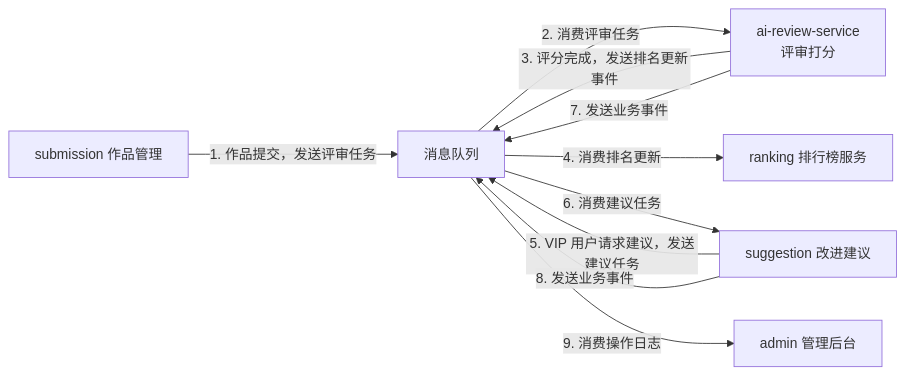
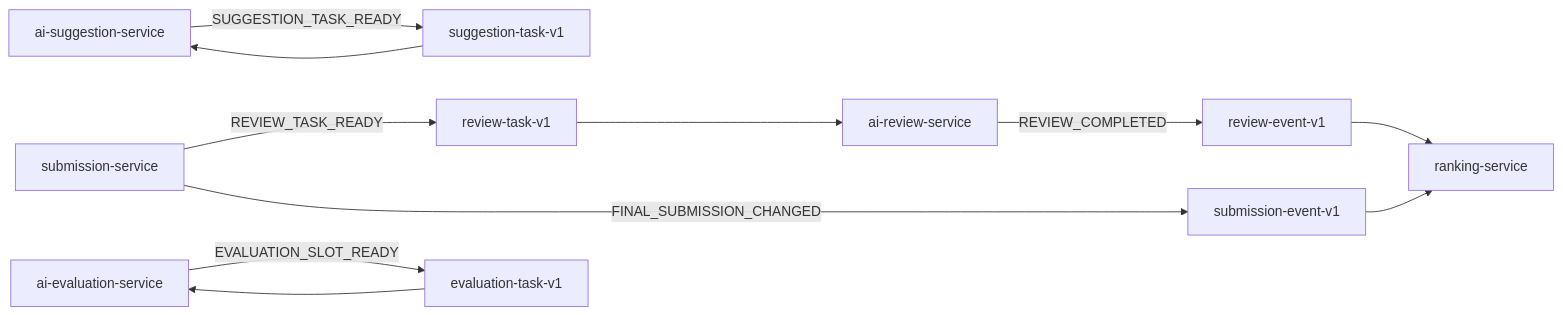
The second of 4 diagrams in docs/project/02-架构设计/微服务架构.md (Dorian7Alden/LeetModel), drawn with Mermaid before and after one commit. The commit also changed other lines of this file and 11 other files, not shown here.

````diff
--- a/docs/project/02-架构设计/微服务架构.md
+++ b/docs/project/02-架构设计/微服务架构.md
@@ -127,19 +127,19 @@
 ```mermaid
-graph LR
-    SUBMISSION[submission 作品管理]
-    MQ[消息队列]
-    REVIEW[ai-review-service<br/>评审打分]
-    SUGGESTION[suggestion 改进建议]
-    RANKING[ranking 排行榜服务]
-    ADMIN[admin 管理后台]
+flowchart LR
+    SUBMISSION[submission-service]
+    REVIEW_TOPIC[review-task-v1]
+    SUBMISSION_EVENT[submission-event-v1]
+    REVIEW[ai-review-service]
+    REVIEW_EVENT[review-event-v1]
+    SUGGESTION[ai-suggestion-service]
+    SUGGESTION_TOPIC[suggestion-task-v1]
+    EVALUATION[ai-evaluation-service]
+    EVALUATION_TOPIC[evaluation-task-v1]
+    RANKING[ranking-service]
 
-    SUBMISSION -->|1. 作品提交，发送评审任务| MQ
-    MQ -->|2. 消费评审任务| REVIEW
-    REVIEW -->|3. 评分完成，发送排名更新事件| MQ
-    MQ -->|4. 消费排名更新| RANKING
-    SUGGESTION -->|5. VIP 用户请求建议，发送建议任务| MQ
-    MQ -->|6. 消费建议任务| SUGGESTION
-    REVIEW -->|7. 发送业务事件| MQ
-    SUGGESTION -->|8. 发送业务事件| MQ
-    MQ -->|9. 消费操作日志| ADMIN
+    SUBMISSION -->|REVIEW_TASK_READY| REVIEW_TOPIC --> REVIEW
+    SUBMISSION -->|FINAL_SUBMISSION_CHANGED| SUBMISSION_EVENT --> RANKING
+    REVIEW -->|REVIEW_COMPLETED| REVIEW_EVENT --> RANKING
+    SUGGESTION -->|SUGGESTION_TASK_READY| SUGGESTION_TOPIC --> SUGGESTION
+    EVALUATION -->|EVALUATION_SLOT_READY| EVALUATION_TOPIC --> EVALUATION
 ```
````
